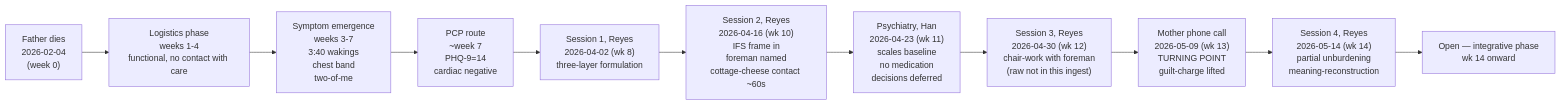
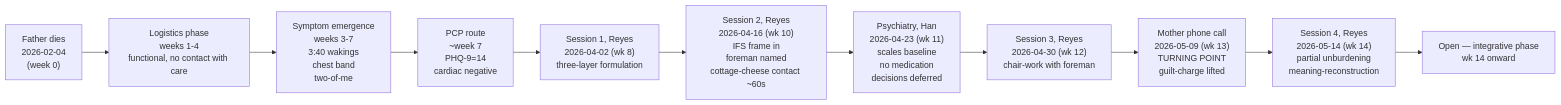
The diagram in domains/psychology/wiki/syntheses/2026-05-14-six-week-retrospective.md (ycaptain/densa), drawn with Mermaid before and after one commit. The commit also changed other lines of this file and 116 other files, not shown here.

````diff
--- a/domains/psychology/wiki/syntheses/2026-05-14-six-week-retrospective.md
+++ b/domains/psychology/wiki/syntheses/2026-05-14-six-week-retrospective.md
@@ -62,14 +62,14 @@
 ```mermaid
 flowchart LR
     F["Father dies<br/>2026-02-04<br/>(week 0)"]
     F --> L["Logistics phase<br/>weeks 1-4<br/>functional, no contact with care"]
     L --> S["Symptom emergence<br/>weeks 3-7<br/>3:40 wakings<br/>chest band<br/>two-of-me"]
     S --> P["PCP route<br/>~week 7<br/>PHQ-9=14<br/>cardiac negative"]
     P --> T1["Session 1, Reyes<br/>2026-04-02 (wk 8)<br/>three-layer formulation"]
     T1 --> T2["Session 2, Reyes<br/>2026-04-16 (wk 10)<br/>IFS frame in<br/>foreman named<br/>cottage-cheese contact ~60s"]
     T2 --> H1["Psychiatry, Han<br/>2026-04-23 (wk 11)<br/>scales baseline<br/>no medication<br/>decisions deferred"]
-    H1 --> T3["Session 3, Reyes<br/>2026-04-30 (wk 12)<br/>chair-work with foreman<br/>(raw not in this ingest)"]
+    H1 --> T3["Session 3, Reyes<br/>2026-04-30 (wk 12)<br/>chair-work with foreman"]
     T3 --> M["Mother phone call<br/>2026-05-09 (wk 13)<br/>TURNING POINT<br/>guilt-charge lifted"]
     M --> T4["Session 4, Reyes<br/>2026-05-14 (wk 14)<br/>partial unburdening<br/>meaning-reconstruction"]
     T4 --> O["Open — integrative phase<br/>wk 14 onward"]
 ```
````
